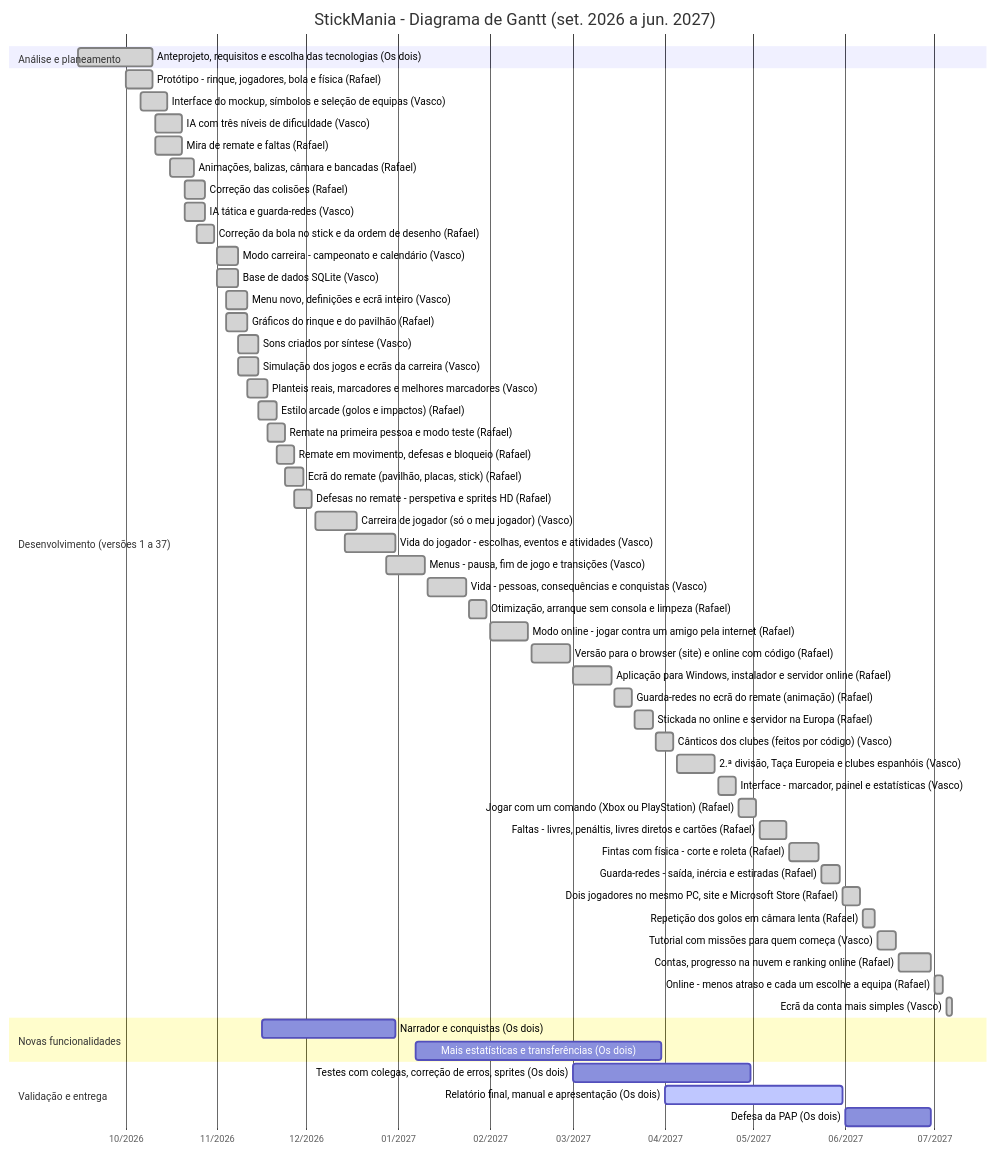
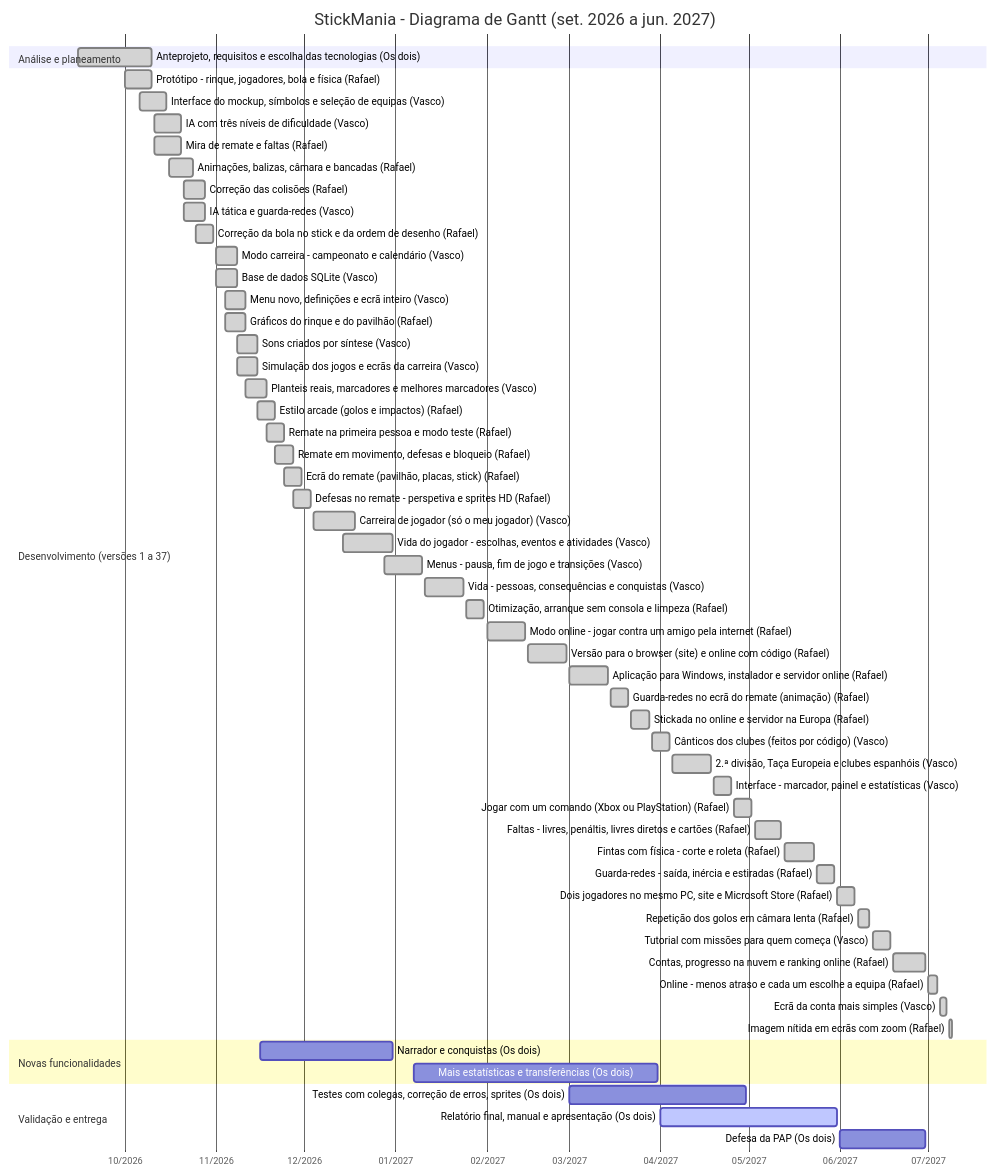
Before and after one commit to RafaelSilveira23/Stickmaniapap: the diagram in docs/GANTT.md, drawn with Mermaid. The commit also changed other lines of this file and 14 other files, not shown here.

First line of the commit message:
Imagem nitida em ecras com zoom do Windows (versao 44)

````diff
--- a/docs/GANTT.md
+++ b/docs/GANTT.md
@@ -13,61 +13,62 @@
 ```mermaid
 gantt
     title StickMania - Diagrama de Gantt (set. 2026 a jun. 2027)
     dateFormat YYYY-MM-DD
     axisFormat %m/%Y
     tickInterval 1month
     todayMarker off
     section Análise e planeamento
     Anteprojeto, requisitos e escolha das tecnologias (Os dois) :done, t1, 2026-09-15, 2026-10-10
     section Desenvolvimento (versões 1 a 37)
     Protótipo - rinque, jogadores, bola e física (Rafael) :done, t2, 2026-10-01, 2026-10-10
     Interface do mockup, símbolos e seleção de equipas (Vasco) :done, t3, 2026-10-06, 2026-10-15
     IA com três níveis de dificuldade (Vasco) :done, t4, 2026-10-11, 2026-10-20
     Mira de remate e faltas (Rafael) :done, t5, 2026-10-11, 2026-10-20
     Animações, balizas, câmara e bancadas (Rafael) :done, t6, 2026-10-16, 2026-10-24
     Correção das colisões (Rafael) :done, t7, 2026-10-21, 2026-10-28
     IA tática e guarda-redes (Vasco) :done, t8, 2026-10-21, 2026-10-28
     Correção da bola no stick e da ordem de desenho (Rafael) :done, t9, 2026-10-25, 2026-10-31
     Modo carreira - campeonato e calendário (Vasco) :done, t10, 2026-11-01, 2026-11-08
     Base de dados SQLite (Vasco) :done, t11, 2026-11-01, 2026-11-08
     Menu novo, definições e ecrã inteiro (Vasco) :done, t12, 2026-11-04, 2026-11-11
     Gráficos do rinque e do pavilhão (Rafael) :done, t13, 2026-11-04, 2026-11-11
     Sons criados por síntese (Vasco) :done, t14, 2026-11-08, 2026-11-15
     Simulação dos jogos e ecrãs da carreira (Vasco) :done, t15, 2026-11-08, 2026-11-15
     Planteis reais, marcadores e melhores marcadores (Vasco) :done, t16, 2026-11-11, 2026-11-18
     Estilo arcade (golos e impactos) (Rafael) :done, t17, 2026-11-15, 2026-11-21
     Remate na primeira pessoa e modo teste (Rafael) :done, t18, 2026-11-18, 2026-11-24
     Remate em movimento, defesas e bloqueio (Rafael) :done, t19, 2026-11-21, 2026-11-27
     Ecrã do remate (pavilhão, placas, stick) (Rafael) :done, t20, 2026-11-24, 2026-11-30
     Defesas no remate - perspetiva e sprites HD (Rafael) :done, t21, 2026-11-27, 2026-12-03
     Carreira de jogador (só o meu jogador) (Vasco) :done, t22, 2026-12-04, 2026-12-18
     Vida do jogador - escolhas, eventos e atividades (Vasco) :done, t23, 2026-12-14, 2026-12-31
     Menus - pausa, fim de jogo e transições (Vasco) :done, t24, 2026-12-28, 2027-01-10
     Vida - pessoas, consequências e conquistas (Vasco) :done, t25, 2027-01-11, 2027-01-24
     Otimização, arranque sem consola e limpeza (Rafael) :done, t26, 2027-01-25, 2027-01-31
     Modo online - jogar contra um amigo pela internet (Rafael) :done, t27, 2027-02-01, 2027-02-14
     Versão para o browser (site) e online com código (Rafael) :done, t28, 2027-02-15, 2027-02-28
     Aplicação para Windows, instalador e servidor online (Rafael) :done, t29, 2027-03-01, 2027-03-14
     Guarda-redes no ecrã do remate (animação) (Rafael) :done, t30, 2027-03-15, 2027-03-21
     Stickada no online e servidor na Europa (Rafael) :done, t31, 2027-03-22, 2027-03-28
     Cânticos dos clubes (feitos por código) (Vasco) :done, t32, 2027-03-29, 2027-04-04
     2.ª divisão, Taça Europeia e clubes espanhóis (Vasco) :done, t33, 2027-04-05, 2027-04-18
     Interface - marcador, painel e estatísticas (Vasco) :done, t34, 2027-04-19, 2027-04-25
     Jogar com um comando (Xbox ou PlayStation) (Rafael) :done, t35, 2027-04-26, 2027-05-02
     Faltas - livres, penáltis, livres diretos e cartões (Rafael) :done, t36, 2027-05-03, 2027-05-12
     Fintas com física - corte e roleta (Rafael) :done, t37, 2027-05-13, 2027-05-23
     Guarda-redes - saída, inércia e estiradas (Rafael) :done, t38, 2027-05-24, 2027-05-30
     Dois jogadores no mesmo PC, site e Microsoft Store (Rafael) :done, t39, 2027-05-31, 2027-06-06
     Repetição dos golos em câmara lenta (Rafael) :done, t40, 2027-06-07, 2027-06-11
     Tutorial com missões para quem começa (Vasco) :done, t41, 2027-06-12, 2027-06-18
     Contas, progresso na nuvem e ranking online (Rafael) :done, t42, 2027-06-19, 2027-06-30
     Online - menos atraso e cada um escolhe a equipa (Rafael) :done, t43, 2027-07-01, 2027-07-04
     Ecrã da conta mais simples (Vasco) :done, t44, 2027-07-05, 2027-07-07
+    Imagem nítida em ecrãs com zoom (Rafael) :done, t45, 2027-07-08, 2027-07-09
     section Novas funcionalidades
-    Narrador e conquistas (Os dois) :t45, 2026-11-16, 2026-12-31
-    Mais estatísticas e transferências (Os dois) :t46, 2027-01-07, 2027-03-31
+    Narrador e conquistas (Os dois) :t46, 2026-11-16, 2026-12-31
+    Mais estatísticas e transferências (Os dois) :t47, 2027-01-07, 2027-03-31
     section Validação e entrega
-    Testes com colegas, correção de erros, sprites (Os dois) :t47, 2027-03-01, 2027-04-30
-    Relatório final, manual e apresentação (Os dois) :active, t48, 2027-04-01, 2027-05-31
-    Defesa da PAP (Os dois) :t49, 2027-06-01, 2027-06-30
+    Testes com colegas, correção de erros, sprites (Os dois) :t48, 2027-03-01, 2027-04-30
+    Relatório final, manual e apresentação (Os dois) :active, t49, 2027-04-01, 2027-05-31
+    Defesa da PAP (Os dois) :t50, 2027-06-01, 2027-06-30
 ```
````
